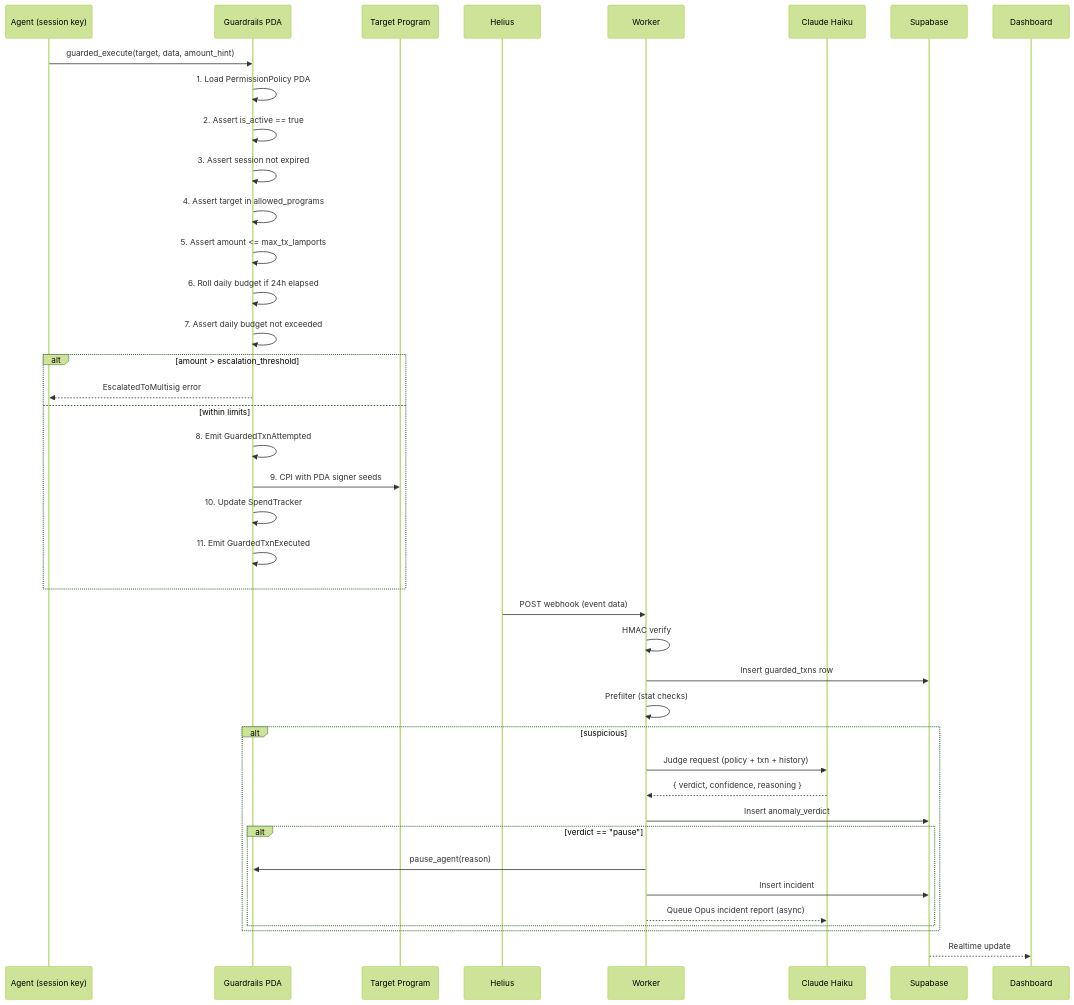
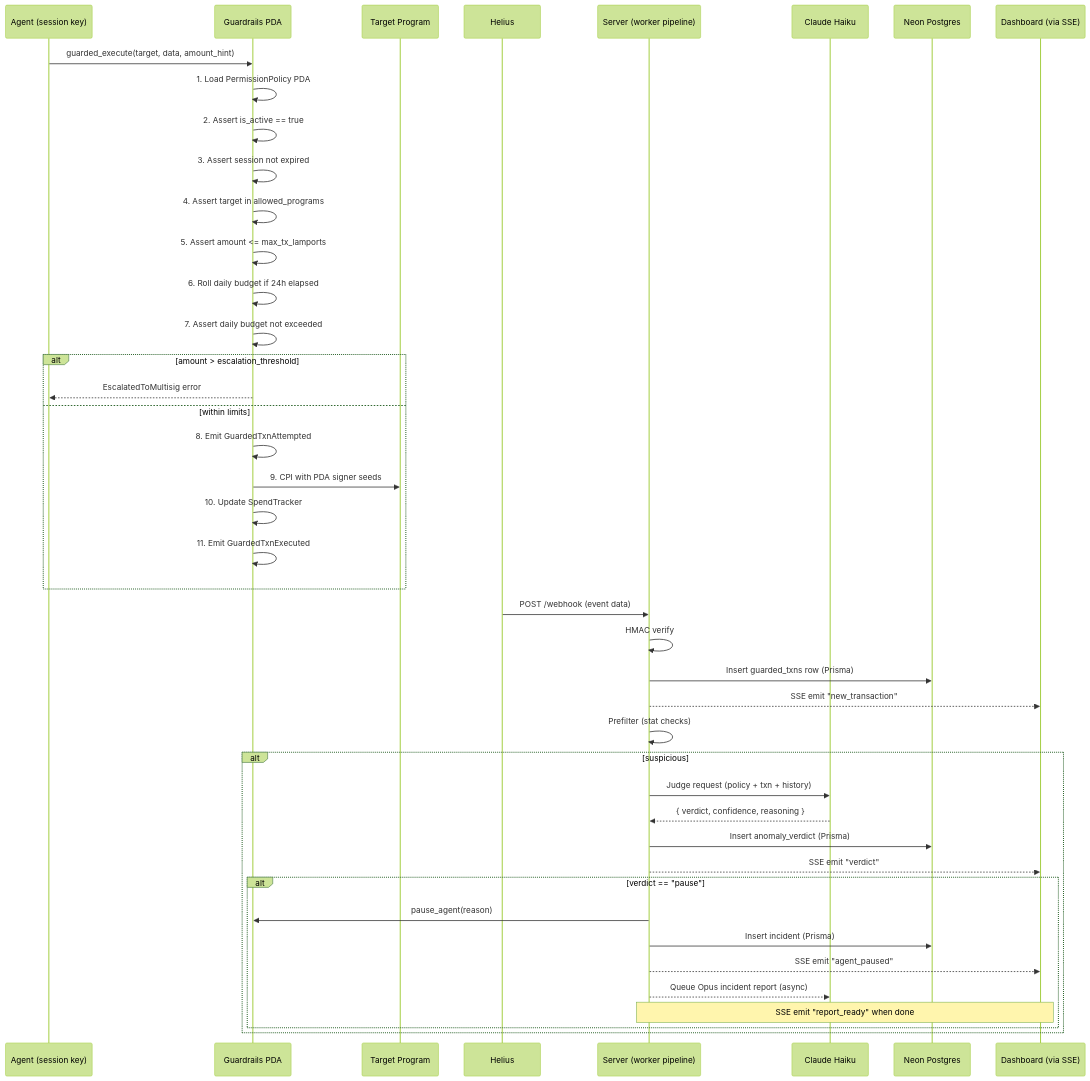
The second of 4 diagrams in docs/architecture.md (iamasx/agent-guardrails), drawn with Mermaid (forest theme) before and after one commit. The commit also changed other lines of this file and 4 other files, not shown here.

First line of the commit message:
docs: update all docs to reflect Neon/Prisma + server architecture

````diff
--- a/docs/architecture.md
+++ b/docs/architecture.md
@@ -42,44 +42,47 @@
 ```mermaid
 sequenceDiagram
     participant A as Agent (session key)
     participant G as Guardrails PDA
     participant T as Target Program
     participant H as Helius
-    participant W as Worker
+    participant S as Server (worker pipeline)
     participant C as Claude Haiku
-    participant S as Supabase
-    participant D as Dashboard
+    participant DB as Neon Postgres
+    participant D as Dashboard (via SSE)
 
     A->>G: guarded_execute(target, data, amount_hint)
     G->>G: 1. Load PermissionPolicy PDA
     G->>G: 2. Assert is_active == true
     G->>G: 3. Assert session not expired
     G->>G: 4. Assert target in allowed_programs
     G->>G: 5. Assert amount <= max_tx_lamports
     G->>G: 6. Roll daily budget if 24h elapsed
     G->>G: 7. Assert daily budget not exceeded
     alt amount > escalation_threshold
         G-->>A: EscalatedToMultisig error
     else within limits
         G->>G: 8. Emit GuardedTxnAttempted
         G->>T: 9. CPI with PDA signer seeds
         G->>G: 10. Update SpendTracker
         G->>G: 11. Emit GuardedTxnExecuted
     end
 
-    H->>W: POST webhook (event data)
-    W->>W: HMAC verify
-    W->>S: Insert guarded_txns row
-    W->>W: Prefilter (stat checks)
+    H->>S: POST /webhook (event data)
+    S->>S: HMAC verify
+    S->>DB: Insert guarded_txns row (Prisma)
+    S-->>D: SSE emit "new_transaction"
+    S->>S: Prefilter (stat checks)
     alt suspicious
-        W->>C: Judge request (policy + txn + history)
-        C-->>W: { verdict, confidence, reasoning }
-        W->>S: Insert anomaly_verdict
+        S->>C: Judge request (policy + txn + history)
+        C-->>S: { verdict, confidence, reasoning }
+        S->>DB: Insert anomaly_verdict (Prisma)
+        S-->>D: SSE emit "verdict"
         alt verdict == "pause"
-            W->>G: pause_agent(reason)
-            W->>S: Insert incident
-            W-->>C: Queue Opus incident report (async)
+            S->>G: pause_agent(reason)
+            S->>DB: Insert incident (Prisma)
+            S-->>D: SSE emit "agent_paused"
+            S-->>C: Queue Opus incident report (async)
+            Note over S,D: SSE emit "report_ready" when done
         end
     end
-    S-->>D: Realtime update
 ```
````
